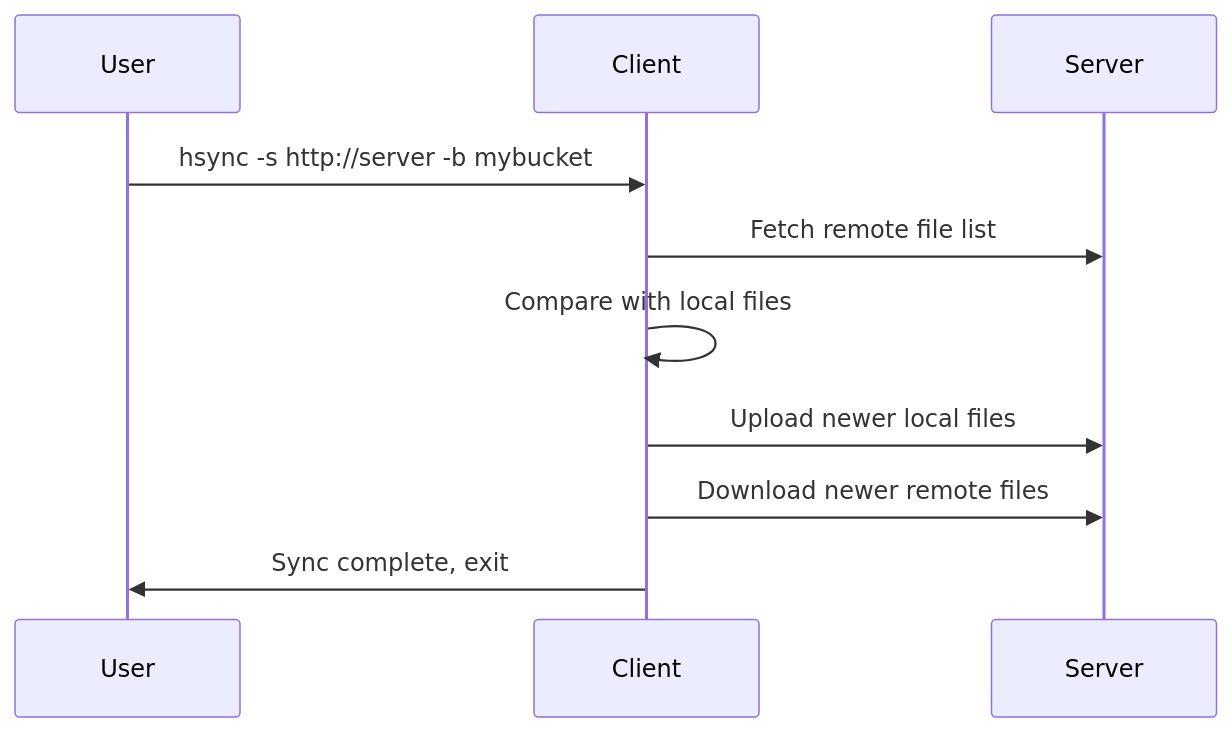
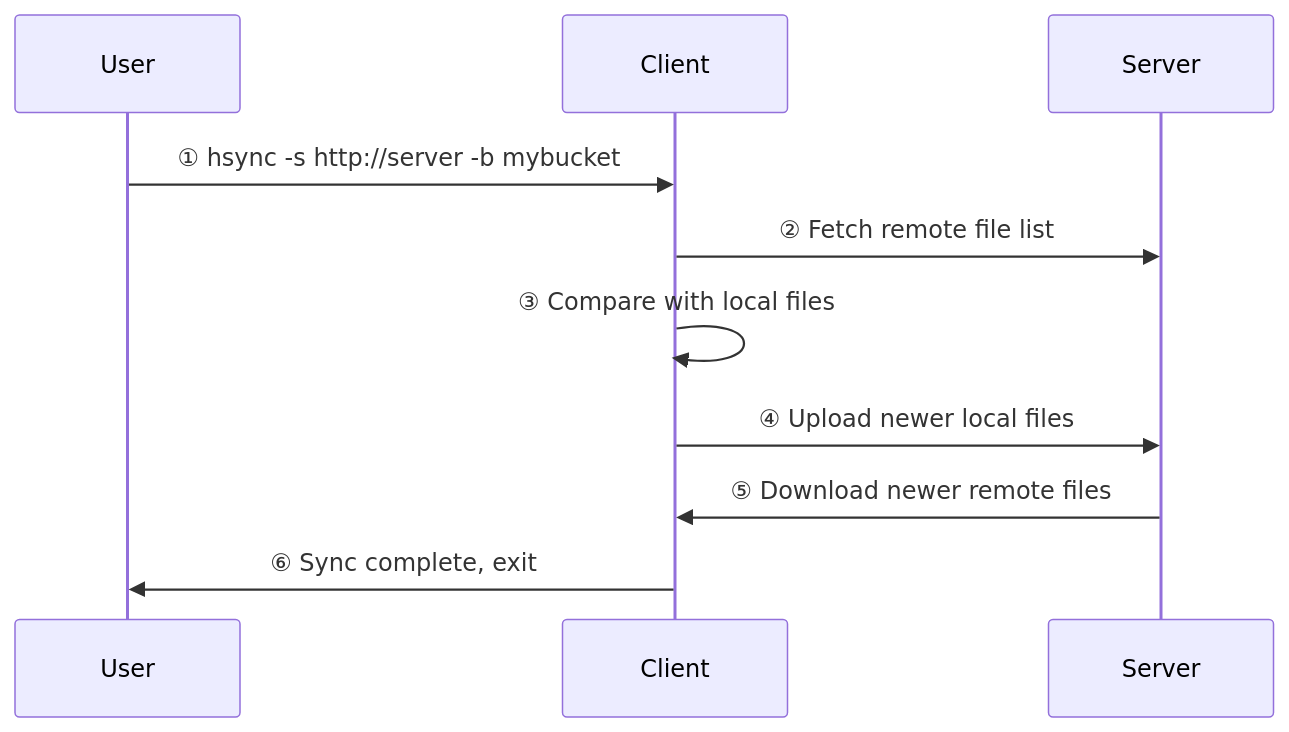
One commit to albertsdk/hsync-client changed the third of 6 diagrams in docs/usage.md. Above: the diagram before and after it, drawn with Mermaid. The commit also changed other lines of this file and 21 other files, not shown here.

First line of the commit message:
Add numbered phases to documentation diagrams

````diff
--- a/docs/usage.md
+++ b/docs/usage.md
@@ -74,13 +74,13 @@
 ```mermaid
 sequenceDiagram
     participant U as User
     participant C as Client
     participant S as Server
 
-    U->>C: hsync -s http://server -b mybucket
-    C->>S: Fetch remote file list
-    C->>C: Compare with local files
-    C->>S: Upload newer local files
-    C->>S: Download newer remote files
-    C->>U: Sync complete, exit
+    U->>C: ① hsync -s http://server -b mybucket
+    C->>S: ② Fetch remote file list
+    C->>C: ③ Compare with local files
+    C->>S: ④ Upload newer local files
+    S->>C: ⑤ Download newer remote files
+    C->>U: ⑥ Sync complete, exit
 ```
````
